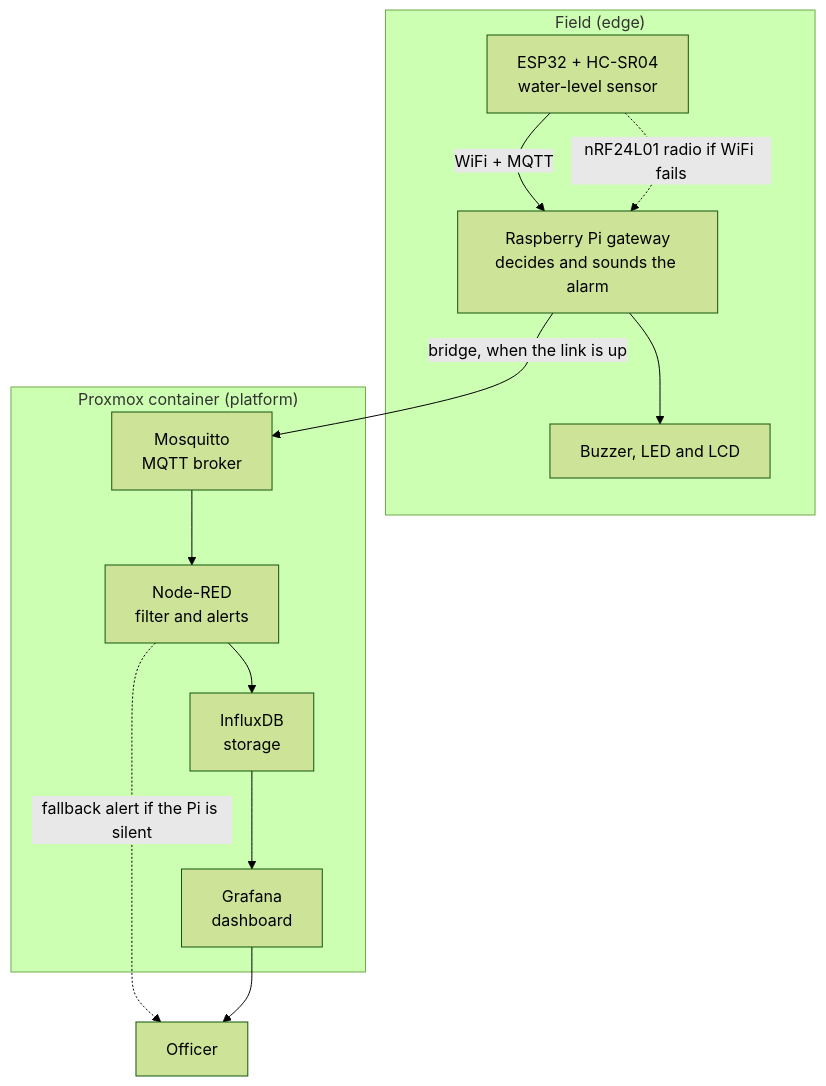
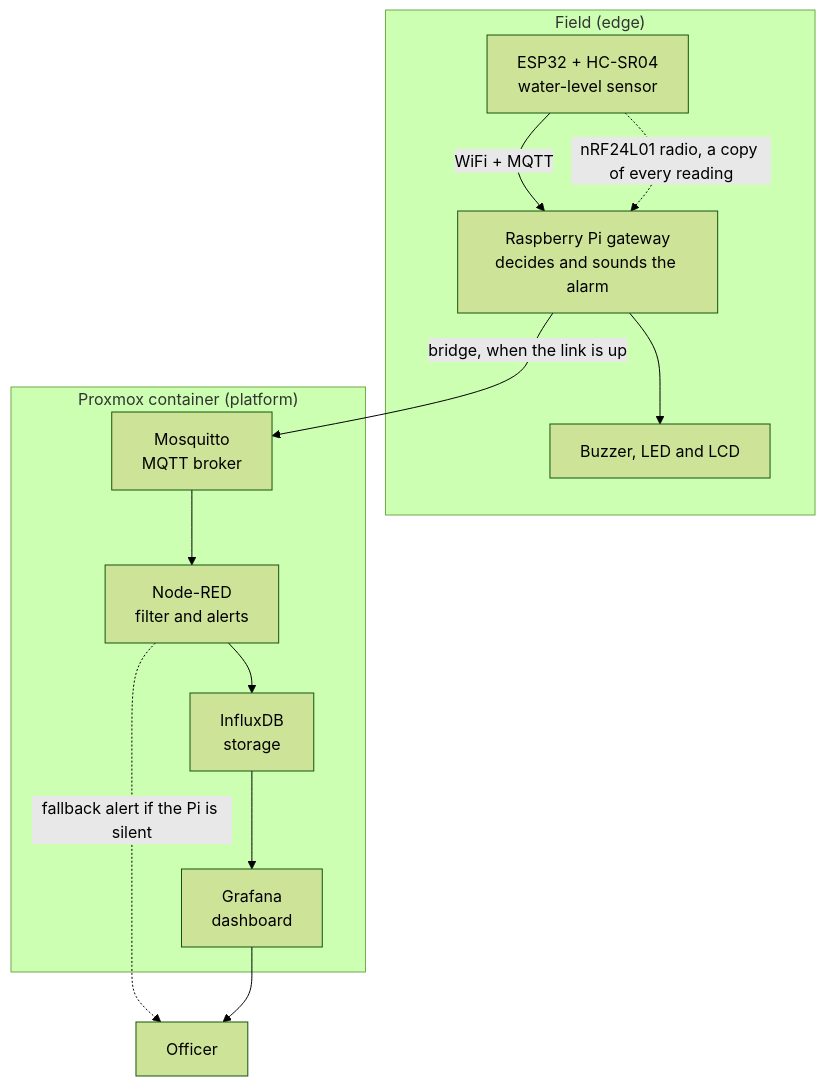
One commit to silanm/flash-flood changed the first of 3 diagrams in README.md. Above: the diagram before and after it, drawn with Mermaid (forest theme). The commit also changed other lines of this file and 18 other files, not shown here.

````diff
--- a/README.md
+++ b/README.md
@@ -11,17 +11,17 @@
 ```mermaid
 flowchart TB
   subgraph Field["Field (edge)"]
     S["ESP32 + HC-SR04<br/>water-level sensor"]
     P["Raspberry Pi gateway<br/>decides and sounds the alarm"]
     A["Buzzer, LED and LCD"]
   end
   subgraph Lab["Proxmox container (platform)"]
     M["Mosquitto<br/>MQTT broker"] --> N["Node-RED<br/>filter and alerts"] --> I["InfluxDB<br/>storage"] --> G["Grafana<br/>dashboard"]
   end
   S -->|"WiFi + MQTT"| P
-  S -.->|"nRF24L01 radio if WiFi fails"| P
+  S -.->|"nRF24L01 radio, a copy of every reading"| P
   P --> A
   P -->|"bridge, when the link is up"| M
   N -.->|"fallback alert if the Pi is silent"| O["Officer"]
   G --> O
 ```
````
